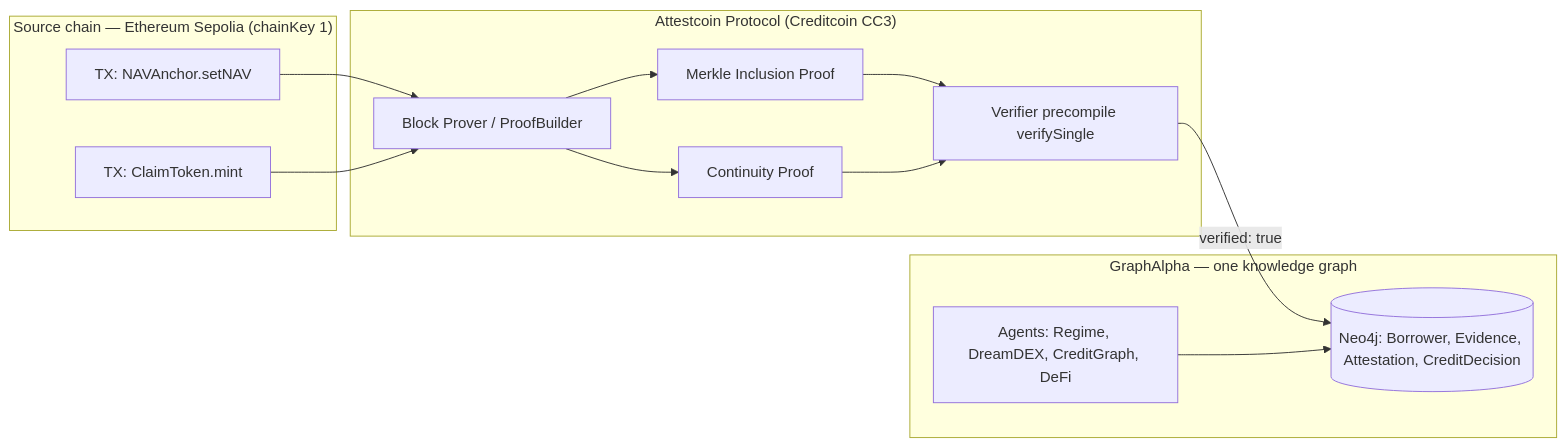
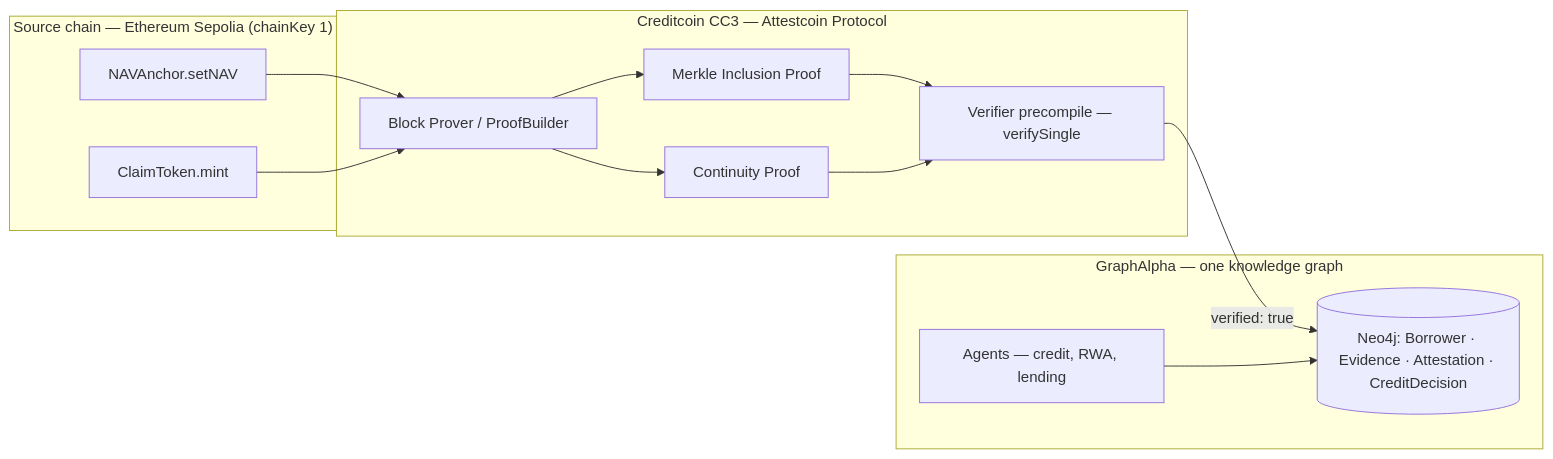
The first of 4 diagrams in docs/BUIDL_CTC_2026_WHITEPAPER.md (Godwin-88/sturdy-couscous), drawn with Mermaid before and after one commit. The commit also changed other lines of this file and 3 other files, not shown here.

Commit message:
docs(ctc): Creditcoin\/Attestcoin-only BUIDL submission — Whitepaper v2 (CEIP-ready), Attestcoin feedback report, split DreamDEX feedback

````diff
--- a/docs/BUIDL_CTC_2026_WHITEPAPER.md
+++ b/docs/BUIDL_CTC_2026_WHITEPAPER.md
@@ -97,28 +99,28 @@
 ```mermaid
 flowchart LR
-    subgraph SourceChain["Source chain — Ethereum Sepolia (chainKey 1)"]
-        TX1[TX: NAVAnchor.setNAV]
-        TX3[TX: ClaimToken.mint]
+    subgraph Source["Source chain — Ethereum Sepolia (chainKey 1)"]
+        T1[NAVAnchor.setNAV]
+        T2[ClaimToken.mint]
     end
 
-    subgraph Attestcoin["Attestcoin Protocol (Creditcoin CC3)"]
+    subgraph CC3["Creditcoin CC3 — Attestcoin Protocol"]
         P[Block Prover / ProofBuilder]
+        MP[Merkle Inclusion Proof]
         CP[Continuity Proof]
-        MP[Merkle Inclusion Proof]
-        V[Verifier precompile verifySingle]
+        V[Verifier precompile — verifySingle]
     end
 
-    subgraph GraphAlpha["GraphAlpha — one knowledge graph"]
-        KG[(Neo4j: Borrower, Evidence, Attestation, CreditDecision)]
-        AG[Agents: Regime, DreamDEX, CreditGraph, DeFi]
+    subgraph GA["GraphAlpha — one knowledge graph"]
+        KG[(Neo4j: Borrower · Evidence · Attestation · CreditDecision)]
+        AG[Agents — credit, RWA, lending]
     end
 
-    TX1 --> P
-    TX3 --> P
+    T1 --> P
+    T2 --> P
     P --> MP
     P --> CP
     MP --> V
     CP --> V
     V -->|verified: true| KG
     AG --> KG
 ```
````
